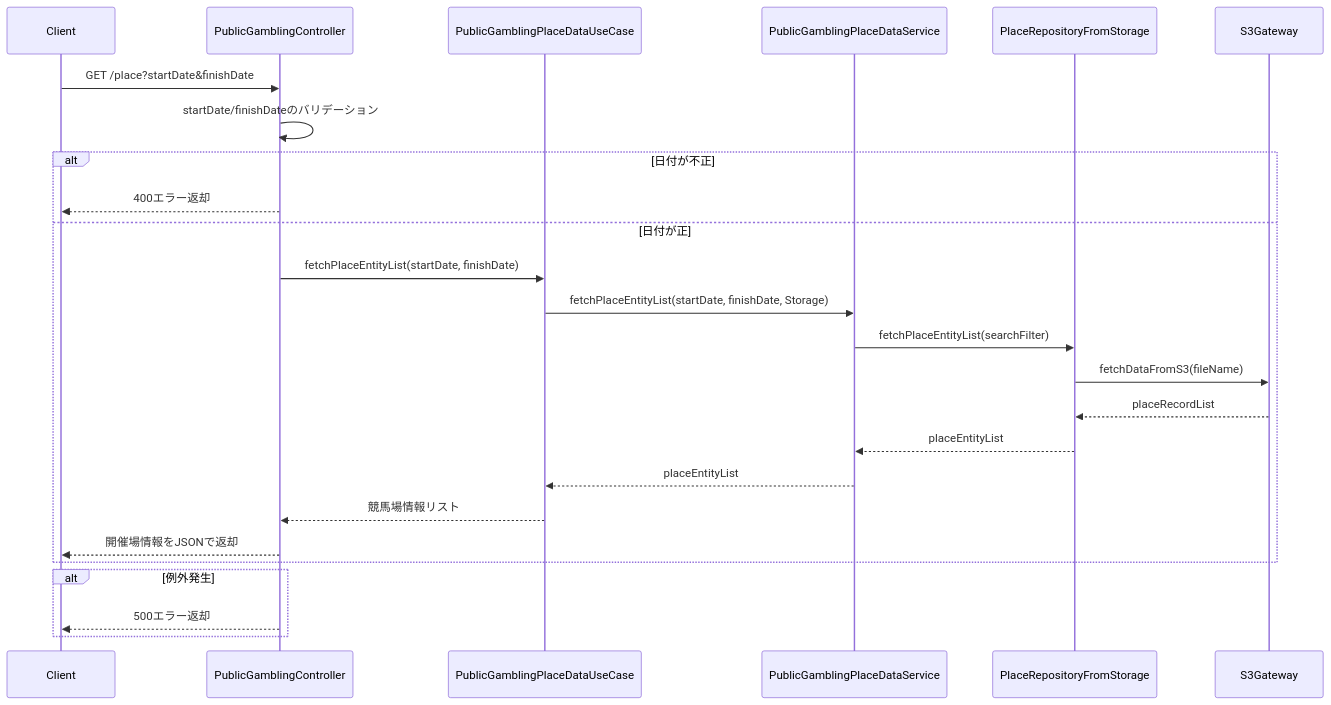
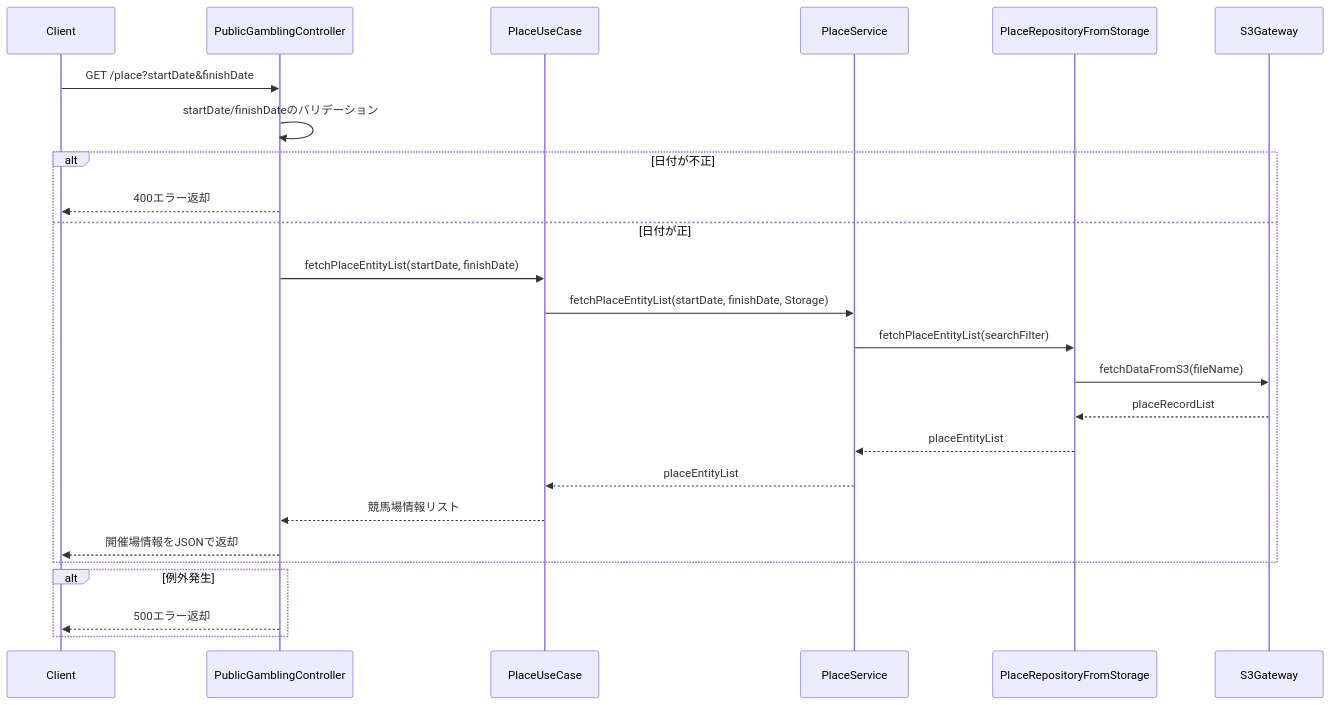
Before and after one commit to taichi6930/race-schedule-api: the diagram in document/detail-design/sequence/publicGambling/getPlaceEntityList.md, drawn with Mermaid. The commit also changed 26 other files, not shown here.

````diff
--- a/document/detail-design/sequence/publicGambling/getPlaceEntityList.md
+++ b/document/detail-design/sequence/publicGambling/getPlaceEntityList.md
@@ -3,28 +3,28 @@
 ```mermaid
 sequenceDiagram
     participant Client
     participant PublicGamblingController
-    participant PublicGamblingPlaceDataUseCase
-    participant PublicGamblingPlaceDataService
+    participant PlaceUseCase
+    participant PlaceService
     participant PlaceRepositoryFromStorage
     participant S3Gateway
 
     Client->>PublicGamblingController: GET /place?startDate&finishDate
     PublicGamblingController->>PublicGamblingController: startDate/finishDateのバリデーション
     alt 日付が不正
         PublicGamblingController-->>Client: 400エラー返却
     else 日付が正
-        PublicGamblingController->>PublicGamblingPlaceDataUseCase: fetchPlaceEntityList(startDate, finishDate)
-        PublicGamblingPlaceDataUseCase->>PublicGamblingPlaceDataService: fetchPlaceEntityList(startDate, finishDate, Storage)
-        PublicGamblingPlaceDataService->>PlaceRepositoryFromStorage: fetchPlaceEntityList(searchFilter)
+        PublicGamblingController->>PlaceUseCase: fetchPlaceEntityList(startDate, finishDate)
+        PlaceUseCase->>PlaceService: fetchPlaceEntityList(startDate, finishDate, Storage)
+        PlaceService->>PlaceRepositoryFromStorage: fetchPlaceEntityList(searchFilter)
         PlaceRepositoryFromStorage->>S3Gateway: fetchDataFromS3(fileName)
         S3Gateway-->>PlaceRepositoryFromStorage: placeRecordList
-        PlaceRepositoryFromStorage-->>PublicGamblingPlaceDataService: placeEntityList
-        PublicGamblingPlaceDataService-->>PublicGamblingPlaceDataUseCase: placeEntityList
-        PublicGamblingPlaceDataUseCase-->>PublicGamblingController: 競馬場情報リスト
+        PlaceRepositoryFromStorage-->>PlaceService: placeEntityList
+        PlaceService-->>PlaceUseCase: placeEntityList
+        PlaceUseCase-->>PublicGamblingController: 競馬場情報リスト
         PublicGamblingController-->>Client: 開催場情報をJSONで返却
     end
     alt 例外発生
         PublicGamblingController-->>Client: 500エラー返却
     end
 ```
````
